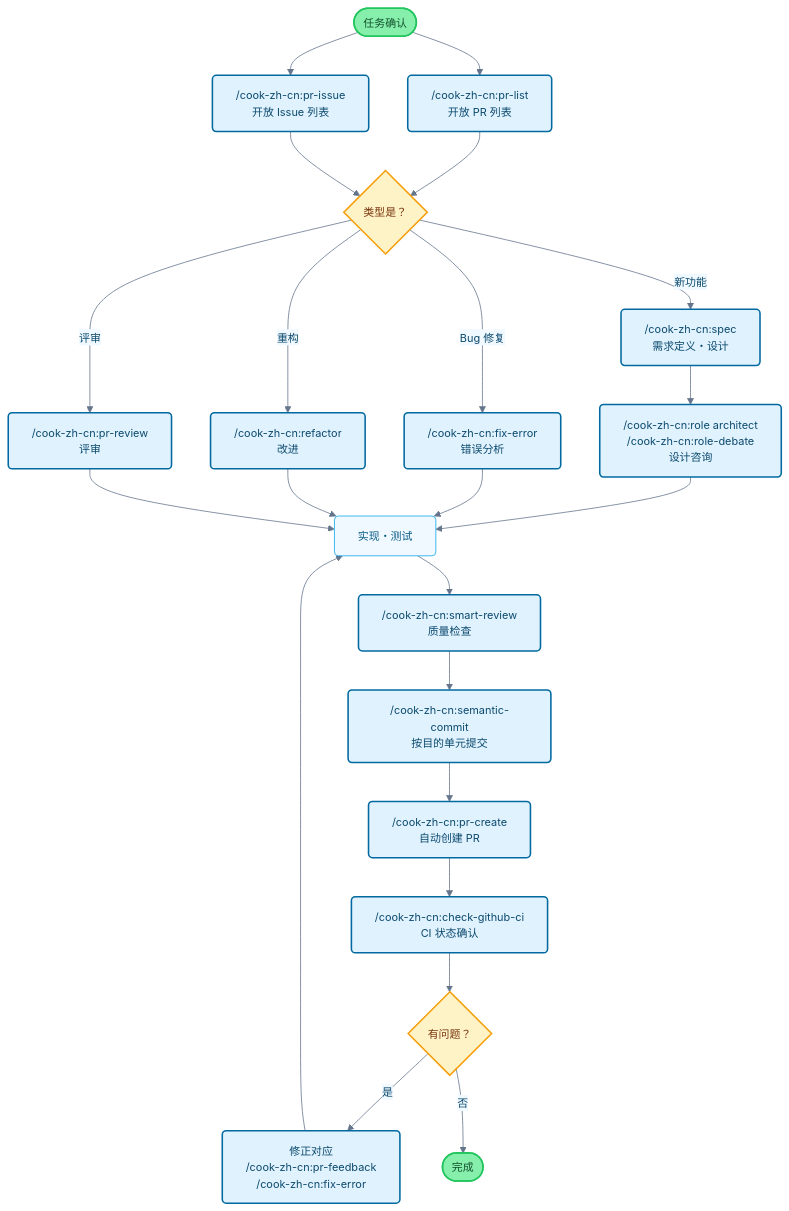
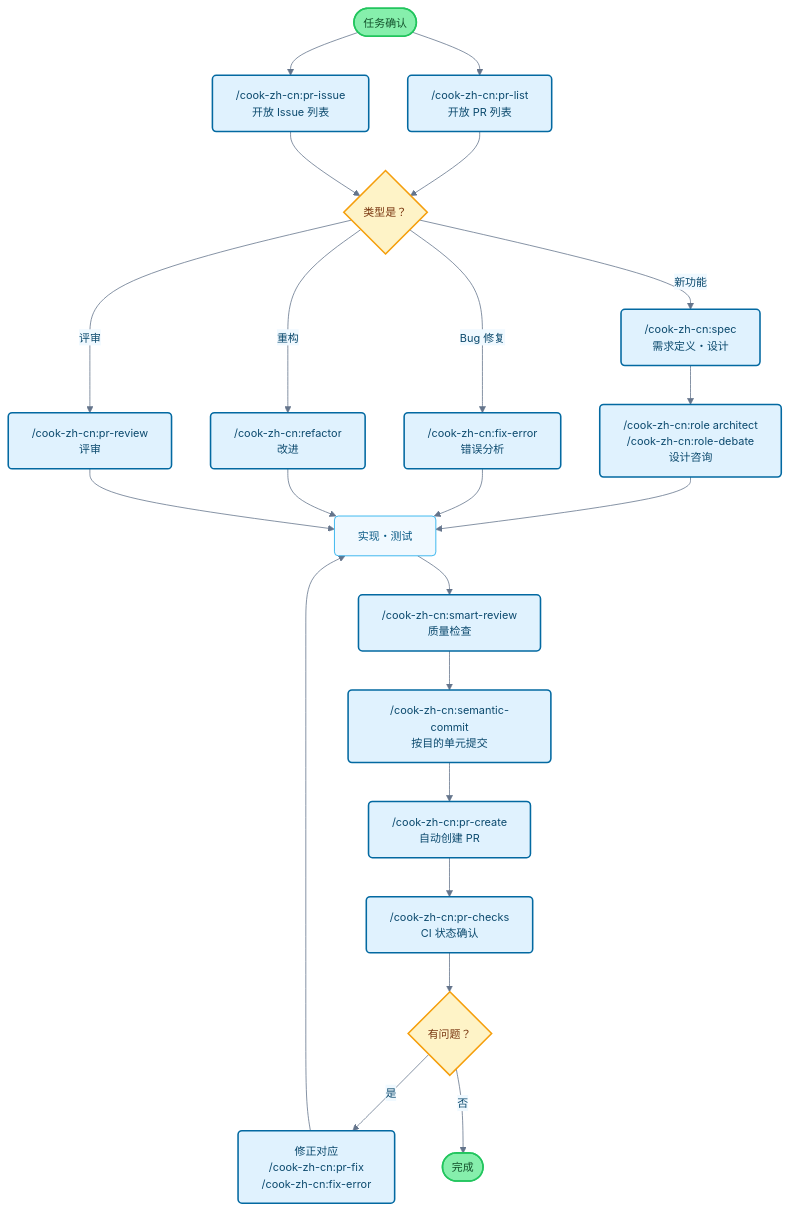
The diagram in plugins/zh-cn/README.md (wasabeef/claude-code-cookbook), drawn with Mermaid before and after one commit. The commit also changed other lines of this file and 337 other files, not shown here.

````diff
--- a/plugins/zh-cn/README.md
+++ b/plugins/zh-cn/README.md
@@ -114,42 +114,42 @@
 ```mermaid
 flowchart TB
     Start([任务确认]) --> PRList["/cook-zh-cn:pr-list<br/>开放 PR 列表"]
     Start --> PRIssue["/cook-zh-cn:pr-issue<br/>开放 Issue 列表"]
 
     PRList --> TaskType{类型是？}
     PRIssue --> TaskType
 
     TaskType -->|新功能| Plan["/cook-zh-cn:spec<br/>需求定义・设计"]
     TaskType -->|Bug 修复| Fix["/cook-zh-cn:fix-error<br/>错误分析"]
     TaskType -->|重构| Refactor["/cook-zh-cn:refactor<br/>改进"]
     TaskType -->|评审| Review["/cook-zh-cn:pr-review<br/>评审"]
 
     Plan --> Design["/cook-zh-cn:role architect<br/>/cook-zh-cn:role-debate<br/>设计咨询"]
     Design --> Implementation[实现・测试]
     Fix --> Implementation
     Refactor --> Implementation
     Review --> Implementation
 
     Implementation --> Check["/cook-zh-cn:smart-review<br/>质量检查"]
     Check --> Commit["/cook-zh-cn:semantic-commit<br/>按目的单元提交"]
     Commit --> PR["/cook-zh-cn:pr-create<br/>自动创建 PR"]
-    PR --> CI["/cook-zh-cn:check-github-ci<br/>CI 状态确认"]
+    PR --> CI["/cook-zh-cn:pr-checks<br/>CI 状态确认"]
 
     CI --> Status{有问题？}
-    Status -->|是| Feedback["修正对应<br/>/cook-zh-cn:pr-feedback<br/>/cook-zh-cn:fix-error"]
+    Status -->|是| Feedback["修正对应<br/>/cook-zh-cn:pr-fix<br/>/cook-zh-cn:fix-error"]
     Status -->|否| End([完成])
 
     Feedback --> Implementation
 
     classDef commandBox fill:#e0f2fe,stroke:#0369a1,stroke-width:2px,rx:5,ry:5,color:#0c4a6e
     classDef processBox fill:#f0f9ff,stroke:#0ea5e9,stroke-width:1px,rx:5,ry:5,color:#075985
     classDef decisionBox fill:#fef3c7,stroke:#f59e0b,stroke-width:2px,rx:5,ry:5,color:#78350f
     classDef startEnd fill:#86efac,stroke:#22c55e,stroke-width:2px,rx:20,ry:20,color:#14532d
 
     class PRList,PRIssue,Plan,Fix,Refactor,Review,Design,Check,CI,Commit,PR,Feedback commandBox
     class Implementation processBox
     class TaskType,Status decisionBox
     class Start,End startEnd
 
     %%{init: {'theme':'base', 'themeVariables': { 'primaryColor':'#e0f2fe', 'primaryTextColor':'#0c4a6e', 'primaryBorderColor':'#0369a1', 'lineColor':'#64748b', 'secondaryColor':'#f0f9ff', 'background':'#ffffff', 'mainBkg':'#ffffff', 'fontSize': '14px'}}}%%
 ```
````
